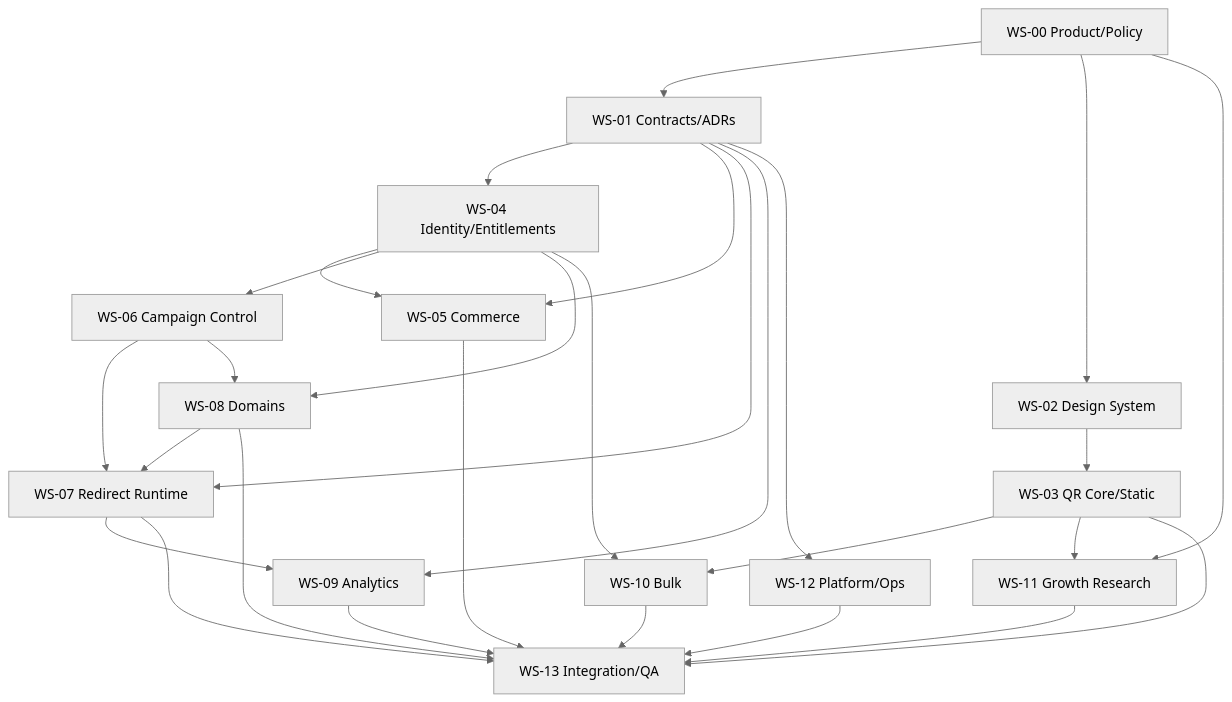
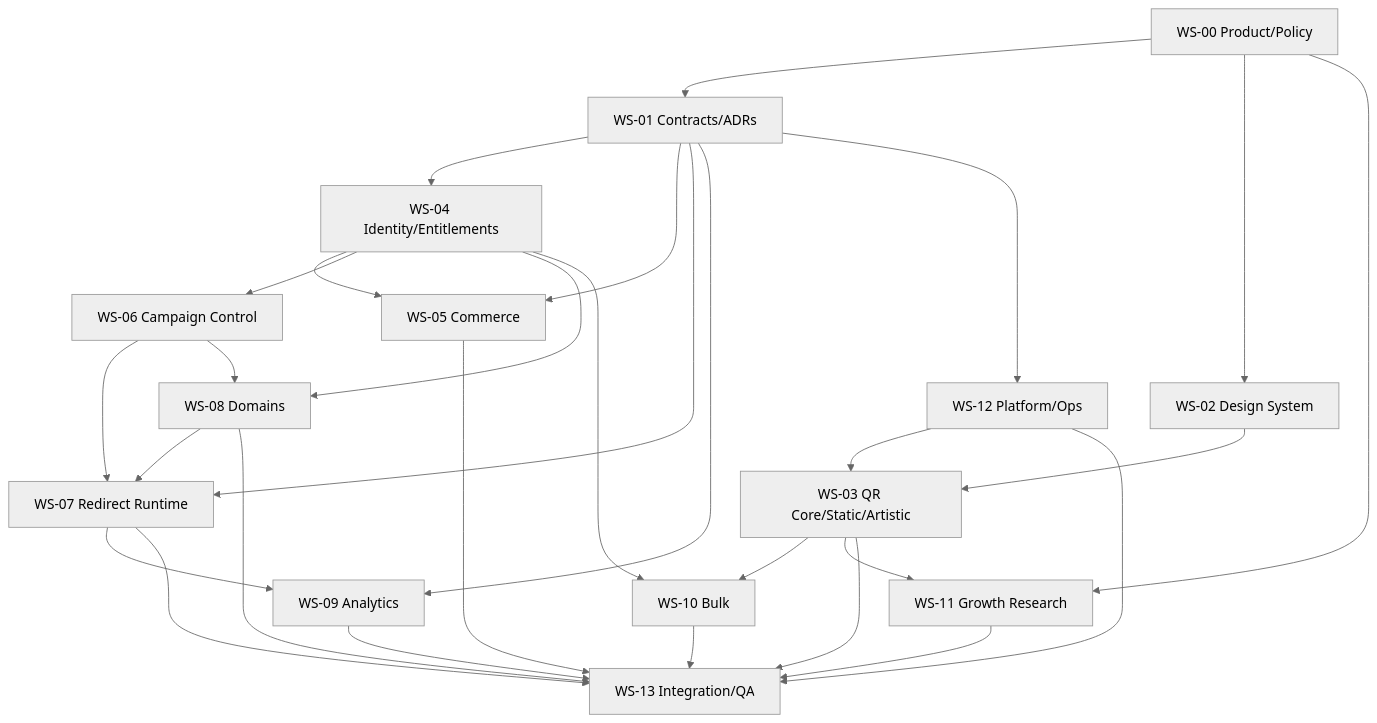
Before and after one commit to eahernandezv/qr-code-generator: the diagram in docs/program/dependency-graph.md, drawn with Mermaid (neutral theme). The commit also changed other lines of this file and 13 other files, not shown here.

````diff
--- a/docs/program/dependency-graph.md
+++ b/docs/program/dependency-graph.md
@@ -5,30 +5,31 @@
 ```mermaid
 graph TD
   W00[WS-00 Product/Policy] --> W01[WS-01 Contracts/ADRs]
   W00 --> W02[WS-02 Design System]
   W00 --> W11[WS-11 Growth Research]
   W01 --> W04[WS-04 Identity/Entitlements]
   W01 --> W05[WS-05 Commerce]
   W01 --> W07[WS-07 Redirect Runtime]
   W01 --> W09[WS-09 Analytics]
   W01 --> W12[WS-12 Platform/Ops]
-  W02 --> W03[WS-03 QR Core/Static]
+  W02 --> W03[WS-03 QR Core/Static/Artistic]
+  W12 --> W03
   W03 --> W10[WS-10 Bulk]
   W04 --> W05
   W04 --> W06[WS-06 Campaign Control]
   W04 --> W08[WS-08 Domains]
   W04 --> W10
   W05 --> W13[WS-13 Integration/QA]
   W06 --> W07
   W06 --> W08
   W07 --> W09
   W08 --> W07
   W03 --> W11
   W03 --> W13
   W07 --> W13
   W08 --> W13
   W09 --> W13
   W10 --> W13
   W11 --> W13
   W12 --> W13
 ```
````
